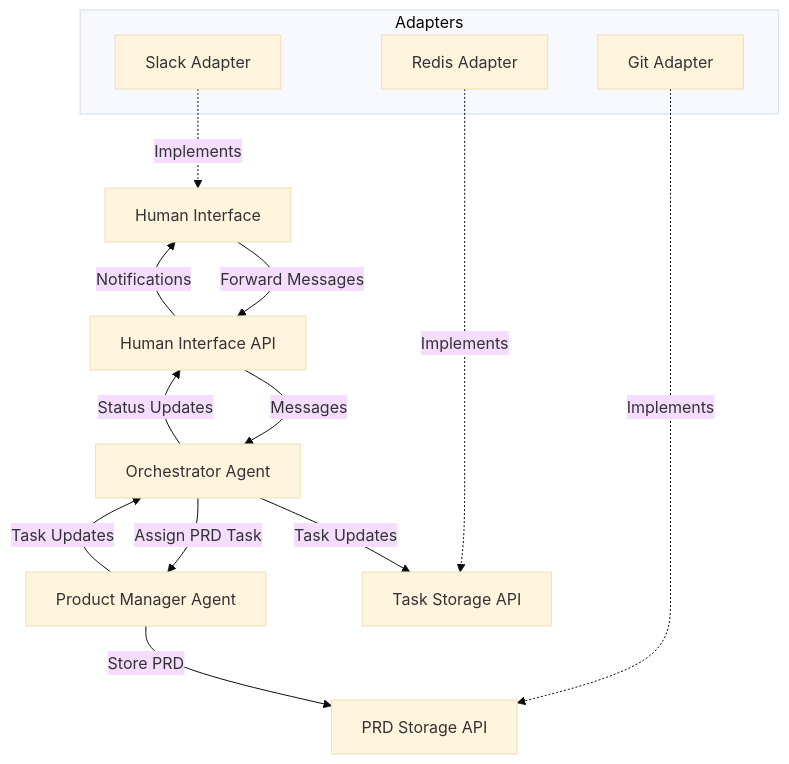
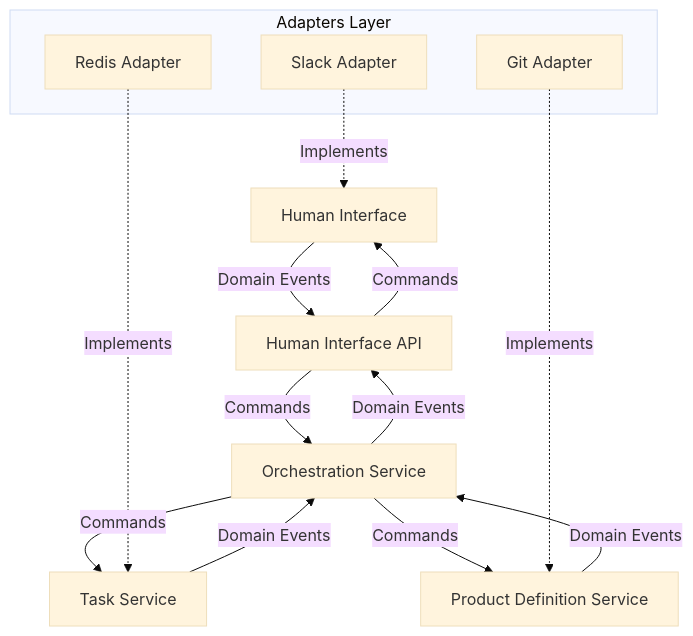
The first of 2 diagrams in docs/roadmap/phase1_implementation.md (kgatilin/aihive), drawn with Mermaid (base theme) before and after one commit. The commit also changed other lines of this file and 3 other files, not shown here.

Commit message:
Refactor roadmap documentation to follow DDD principles and remove implementation details

````diff
--- a/docs/roadmap/phase1_implementation.md
+++ b/docs/roadmap/phase1_implementation.md
@@ -18,21 +55,21 @@
 ```mermaid
 graph TD
-    HI[Human Interface] -->|Forward Messages| HA[Human Interface API]
-    HA -->|Messages| OA[Orchestrator Agent]
-    OA -->|Task Updates| TS[Task Storage API]
-    OA -->|Assign PRD Task| PM[Product Manager Agent]
-    PM -->|Store PRD| PS[PRD Storage API]
-    PM -->|Task Updates| OA
-    OA -->|Status Updates| HA
-    HA -->|Notifications| HI
+    HI[Human Interface] -->|Domain Events| HA[Human Interface API]
+    HA -->|Commands| OA[Orchestration Service]
+    OA -->|Commands| TS[Task Service]
+    OA -->|Commands| PM[Product Definition Service]
+    PM -->|Domain Events| OA
+    TS -->|Domain Events| OA
+    OA -->|Domain Events| HA
+    HA -->|Commands| HI
     
-    subgraph "Adapters"
+    subgraph "Adapters Layer"
         SA[Slack Adapter]
         RA[Redis Adapter]
         GA[Git Adapter]
     end
     
     SA -.->|Implements| HI
     RA -.->|Implements| TS
-    GA -.->|Implements| PS
+    GA -.->|Implements| PM
 ```
````
